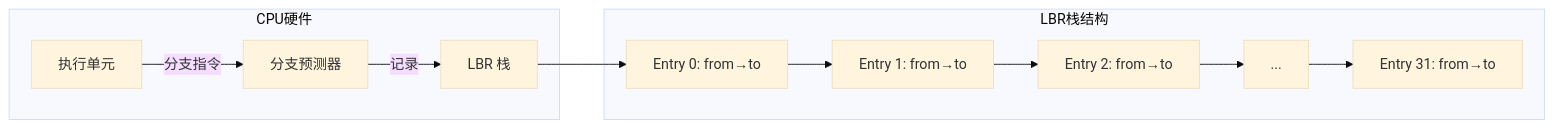
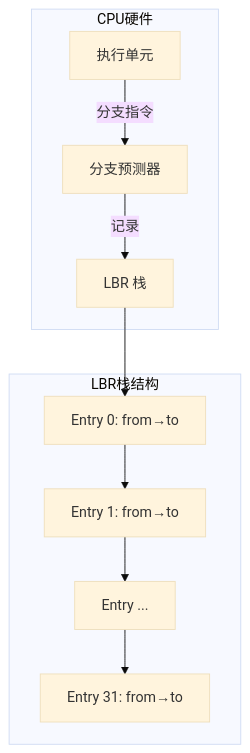
One commit to jpixy/jpixy.github.io changed the ninth of 13 diagrams in content/articles/linux/linux-37-perf性能分析工具深度解析.md. Above: the diagram before and after it, drawn with Mermaid (base theme). The commit also changed other lines of this file, not shown here.

Commit message:
fix: convert horizontal Mermaid diagrams to vertical layout

````diff
--- a/content/articles/linux/linux-37-perf性能分析工具深度解析.md
+++ b/content/articles/linux/linux-37-perf性能分析工具深度解析.md
@@ -582,24 +579,22 @@
 ```mermaid
-graph LR
+graph TB
     subgraph CPU硬件
         A[执行单元]
         B[分支预测器]
         C[LBR 栈]
     end
 
     subgraph LBR栈结构
-        D[Entry 0: from→to]
-        E[Entry 1: from→to]
-        F[Entry 2: from→to]
-        G[...]
-        H[Entry 31: from→to]
+        D["Entry 0: from→to"]
+        E["Entry 1: from→to"]
+        F["Entry ..."]
+        G["Entry 31: from→to"]
     end
 
     A -->|分支指令| B
     B -->|记录| C
     C --> D
     D --> E
     E --> F
     F --> G
-    G --> H
 ```
````
